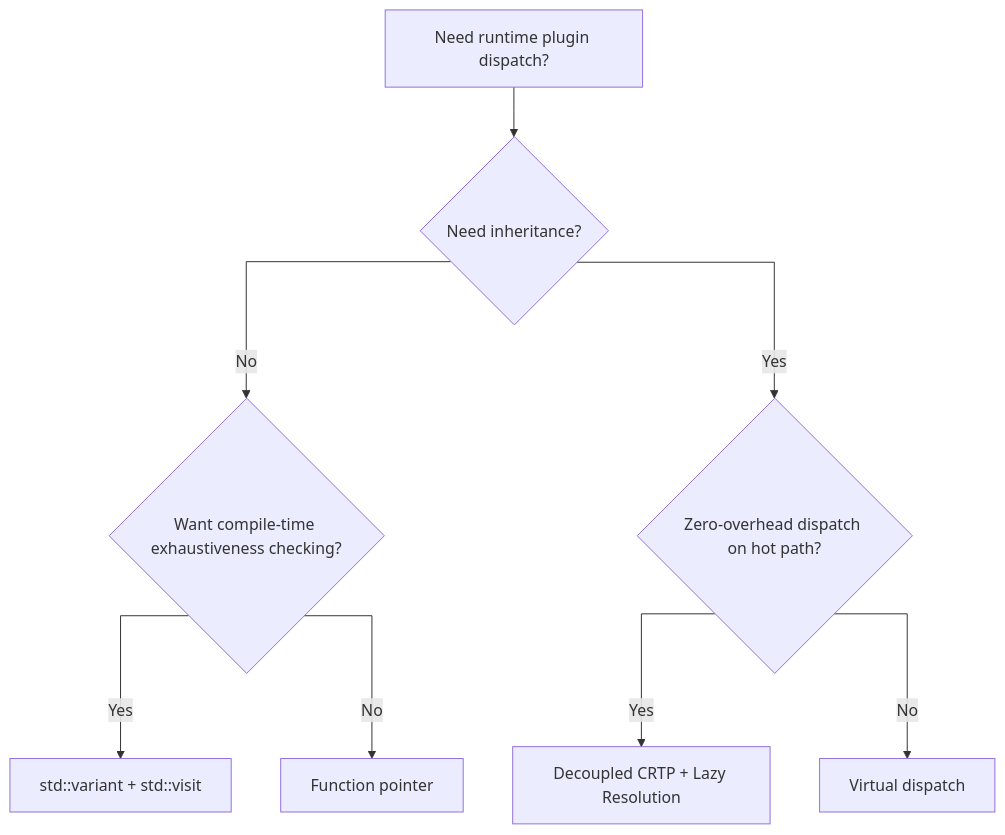
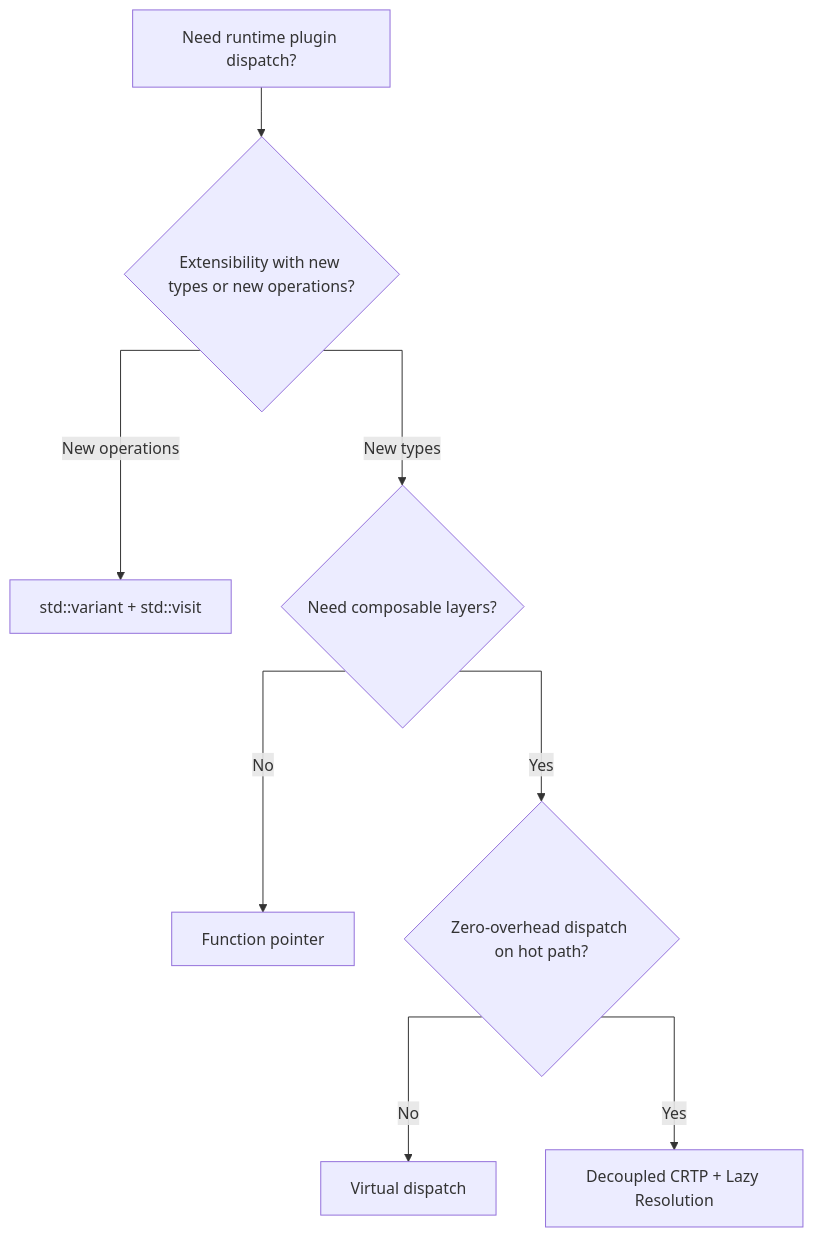
The diagram in _posts/2026-05-07-four-ways-to-dispatch-a-runtime-selected-strategy-in-cpp.md (Shubhankar-Gambhir/Shubhankar-Gambhir.github.io), drawn with Mermaid before and after one commit. The commit also changed other lines of this file, not shown here.

Commit message:
Update decision framework: new types vs new operations
Split Extensibility row into New types/New operations to capture the
expression problem tradeoff. Update Composition to distinguish runtime
(virtual) vs compile-time (CRTP) layering. Redesign flowchart: design
questions first (types vs operations, composable layers), performance
as tiebreaker.

````diff
--- a/_posts/2026-05-07-four-ways-to-dispatch-a-runtime-selected-strategy-in-cpp.md
+++ b/_posts/2026-05-07-four-ways-to-dispatch-a-runtime-selected-strategy-in-cpp.md
@@ -271,15 +272,15 @@
 ```mermaid
 ---
 config:
   flowchart:
     curve: stepAfter
 ---
 flowchart TD
-    A[Need runtime plugin dispatch?] --> B{Need inheritance?}
-    B -- No --> C{Want compile-time exhaustiveness checking?}
-    C -- Yes --> D["std::variant + std::visit"]
-    C -- No --> E[Function pointer]
-    B -- Yes --> F{Zero-overhead dispatch on hot path?}
-    F -- Yes --> G[Decoupled CRTP + Lazy Resolution]
-    F -- No --> H[Virtual dispatch]
+    A[Need runtime plugin dispatch?] --> B{Extensibility with new types or new operations?}
+    B -- New operations --> D["std::variant + std::visit"]
+    B -- New types --> F{Need composable layers?}
+    F -- No --> E[Function pointer]
+    F -- Yes --> G{Zero-overhead dispatch on hot path?}
+    G -- No --> I[Virtual dispatch]
+    G -- Yes --> H[Decoupled CRTP + Lazy Resolution]
 ```
````
